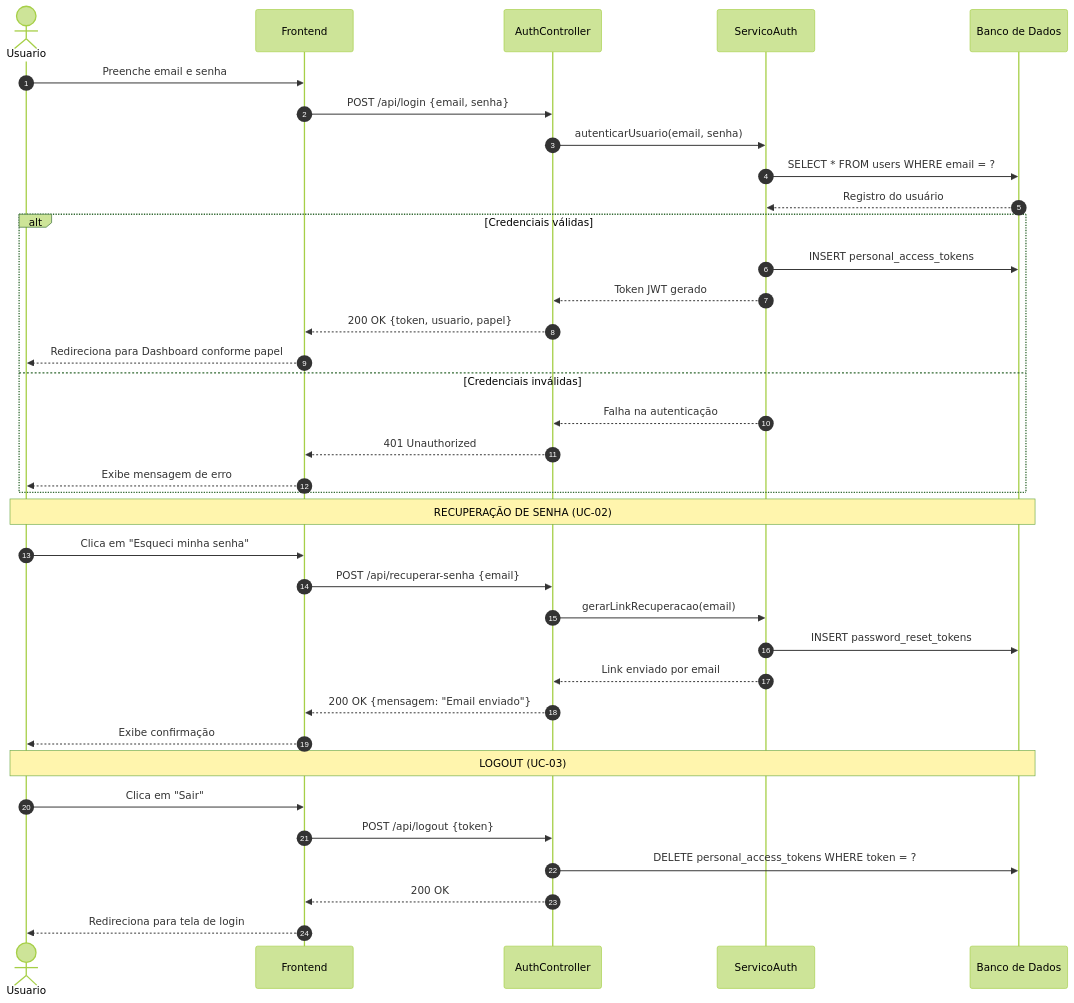
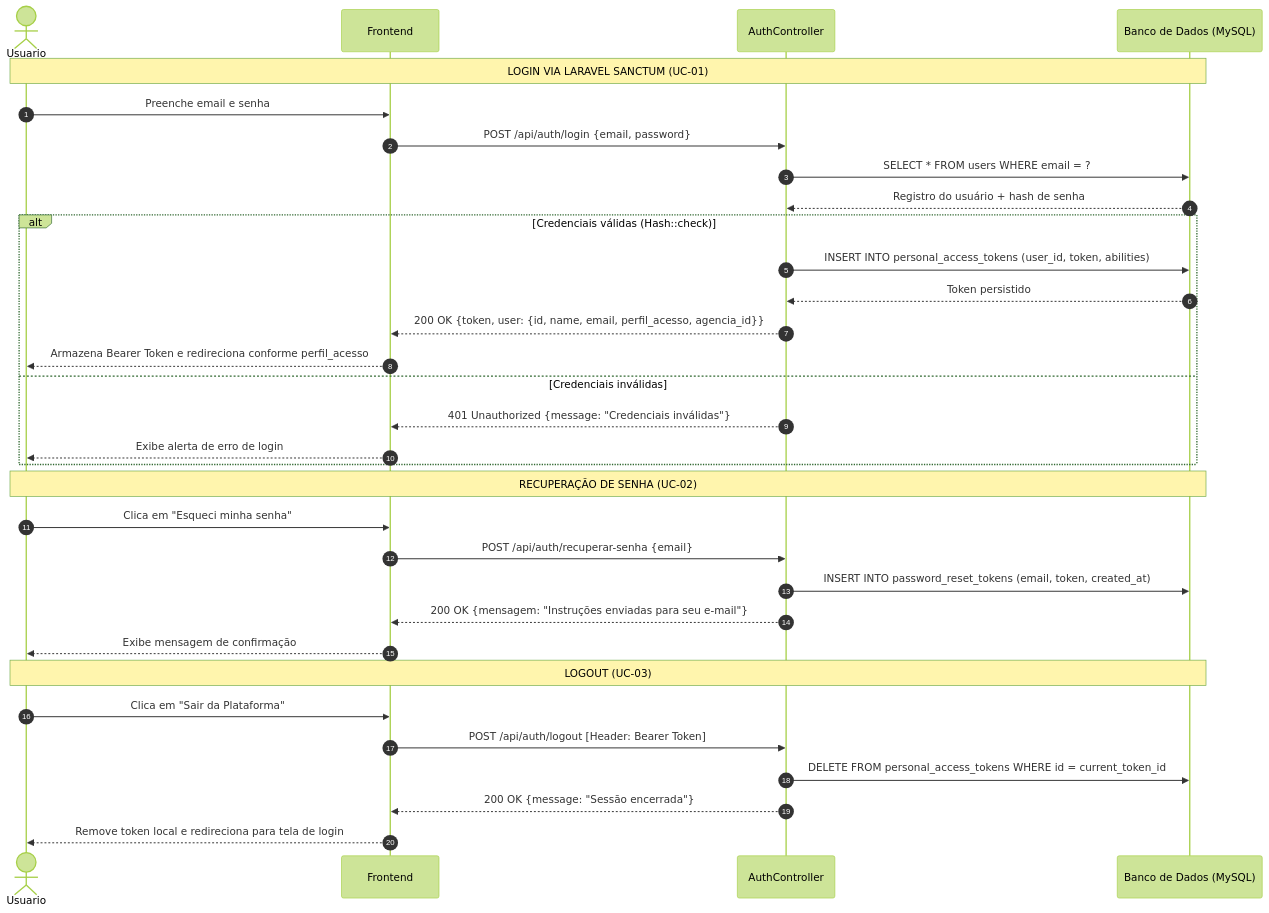
The diagram in Documentação/Artefatos - 004/DIAGRAMA DE SEQUENCIA/Codigo mermaid/DS-01-AUTENTICACAO.mmd (RobertoYz/PROJETO-ESCOLA-TI-), drawn with Mermaid (forest theme) before and after one commit. The commit also changed 13 other files, not shown here.

Commit message:
docs: Alinha diagramas DER, Classes e Sequencia com a arquitetura real implementada

```diff
--- a/Documentação/Artefatos - 004/DIAGRAMA DE SEQUENCIA/Codigo mermaid/DS-01-AUTENTICACAO.mmd
+++ b/Documentação/Artefatos - 004/DIAGRAMA DE SEQUENCIA/Codigo mermaid/DS-01-AUTENTICACAO.mmd
@@ -1,44 +1,41 @@
 %% ────────────────────────────────────────────────────────────
 %% DS-01: AUTENTICAÇÃO E CONTROLE DE ACESSO (UC-01, UC-02)
+%% Implementação Real via Laravel Sanctum (Bearer Token)
 %% ────────────────────────────────────────────────────────────
 sequenceDiagram
     autonumber
     actor Usuario
     participant Frontend
     participant AuthController
-    participant ServicoAutenticacao as ServicoAuth
-    participant BD as Banco de Dados
+    participant BD as Banco de Dados (MySQL)
 
+    Note over Usuario,BD: LOGIN VIA LARAVEL SANCTUM (UC-01)
     Usuario->>Frontend: Preenche email e senha
-    Frontend->>AuthController: POST /api/login {email, senha}
+    Frontend->>AuthController: POST /api/auth/login {email, password}
 
-    AuthController->>ServicoAutenticacao: autenticarUsuario(email, senha)
-    ServicoAutenticacao->>BD: SELECT * FROM users WHERE email = ?
-    BD-->>ServicoAutenticacao: Registro do usuário
+    AuthController->>BD: SELECT * FROM users WHERE email = ?
+    BD-->>AuthController: Registro do usuário + hash de senha
 
-    alt Credenciais válidas
-        ServicoAutenticacao->>BD: INSERT personal_access_tokens
-        ServicoAutenticacao-->>AuthController: Token JWT gerado
-        AuthController-->>Frontend: 200 OK {token, usuario, papel}
-        Frontend-->>Usuario: Redireciona para Dashboard conforme papel
+    alt Credenciais válidas (Hash::check)
+        AuthController->>BD: INSERT INTO personal_access_tokens (user_id, token, abilities)
+        BD-->>AuthController: Token persistido
+        AuthController-->>Frontend: 200 OK {token, user: {id, name, email, perfil_acesso, agencia_id}}
+        Frontend-->>Usuario: Armazena Bearer Token e redireciona conforme perfil_acesso
     else Credenciais inválidas
-        ServicoAutenticacao-->>AuthController: Falha na autenticação
-        AuthController-->>Frontend: 401 Unauthorized
-        Frontend-->>Usuario: Exibe mensagem de erro
+        AuthController-->>Frontend: 401 Unauthorized {message: "Credenciais inválidas"}
+        Frontend-->>Usuario: Exibe alerta de erro de login
     end
 
     Note over Usuario,BD: RECUPERAÇÃO DE SENHA (UC-02)
     Usuario->>Frontend: Clica em "Esqueci minha senha"
-    Frontend->>AuthController: POST /api/recuperar-senha {email}
-    AuthController->>ServicoAutenticacao: gerarLinkRecuperacao(email)
-    ServicoAutenticacao->>BD: INSERT password_reset_tokens
-    ServicoAutenticacao-->>AuthController: Link enviado por email
-    AuthController-->>Frontend: 200 OK {mensagem: "Email enviado"}
-    Frontend-->>Usuario: Exibe confirmação
+    Frontend->>AuthController: POST /api/auth/recuperar-senha {email}
+    AuthController->>BD: INSERT INTO password_reset_tokens (email, token, created_at)
+    AuthController-->>Frontend: 200 OK {mensagem: "Instruções enviadas para seu e-mail"}
+    Frontend-->>Usuario: Exibe mensagem de confirmação
 
     Note over Usuario,BD: LOGOUT (UC-03)
-    Usuario->>Frontend: Clica em "Sair"
-    Frontend->>AuthController: POST /api/logout {token}
-    AuthController->>BD: DELETE personal_access_tokens WHERE token = ?
-    AuthController-->>Frontend: 200 OK
-    Frontend-->>Usuario: Redireciona para tela de login
+    Usuario->>Frontend: Clica em "Sair da Plataforma"
+    Frontend->>AuthController: POST /api/auth/logout [Header: Bearer Token]
+    AuthController->>BD: DELETE FROM personal_access_tokens WHERE id = current_token_id
+    AuthController-->>Frontend: 200 OK {message: "Sessão encerrada"}
+    Frontend-->>Usuario: Remove token local e redireciona para tela de login
```
